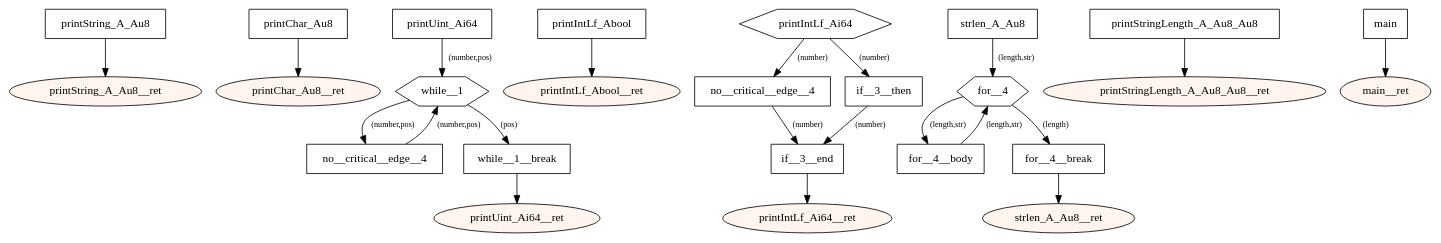
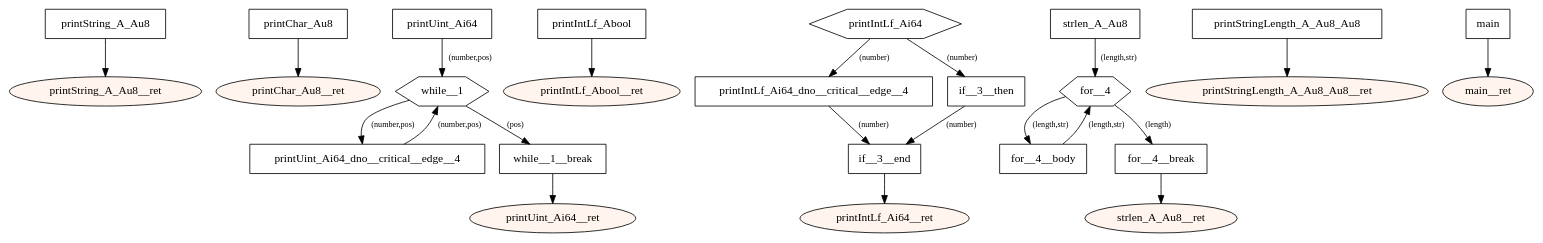
One commit to tmssngr/tinyC changed the diagram in src/main/resources-test/compiler/windows/comparison.dot. Above: the diagram before and after it, drawn with Graphviz. The commit also changed 41 other files, not shown here.

Commit message:
Cfg: create unique no-critical-edge block name

```diff
--- a/src/main/resources-test/compiler/windows/comparison.dot
+++ b/src/main/resources-test/compiler/windows/comparison.dot
@@ -1,64 +1,64 @@
 digraph program {
 	edge[fontsize="10pt"];
 	subgraph fn_printString_A_Au8 {
 		BasicBlock_0_printString_A_Au8 [label="printString_A_Au8",shape=box];
 		BasicBlock_0_printString_A_Au8 -> BasicBlock_0_printString_A_Au8__ret;
 		BasicBlock_0_printString_A_Au8__ret [label="printString_A_Au8__ret",shape=oval,style=filled,fillcolor="#fff5ee"];
 	}
 	subgraph fn_printChar_Au8 {
 		BasicBlock_1_printChar_Au8 [label="printChar_Au8",shape=box];
 		BasicBlock_1_printChar_Au8 -> BasicBlock_1_printChar_Au8__ret;
 		BasicBlock_1_printChar_Au8__ret [label="printChar_Au8__ret",shape=oval,style=filled,fillcolor="#fff5ee"];
 	}
 	subgraph fn_printUint_Ai64 {
 		BasicBlock_2_printUint_Ai64 [label="printUint_Ai64",shape=box];
 		BasicBlock_2_printUint_Ai64 -> BasicBlock_2_while__1 [label="(number,pos)"];
-		BasicBlock_2_no__critical__edge__4 [label="no__critical__edge__4",shape=box];
-		BasicBlock_2_no__critical__edge__4 -> BasicBlock_2_while__1 [label="(number,pos)"];
+		BasicBlock_2_printUint_Ai64_dno__critical__edge__4 [label="printUint_Ai64_dno__critical__edge__4",shape=box];
+		BasicBlock_2_printUint_Ai64_dno__critical__edge__4 -> BasicBlock_2_while__1 [label="(number,pos)"];
 		BasicBlock_2_while__1 [label="while__1",shape=hexagon];
-		BasicBlock_2_while__1 -> BasicBlock_2_no__critical__edge__4 [label="(number,pos)"];
+		BasicBlock_2_while__1 -> BasicBlock_2_printUint_Ai64_dno__critical__edge__4 [label="(number,pos)"];
 		BasicBlock_2_while__1 -> BasicBlock_2_while__1__break [label="(pos)"];
 		BasicBlock_2_while__1__break [label="while__1__break",shape=box];
 		BasicBlock_2_while__1__break -> BasicBlock_2_printUint_Ai64__ret;
 		BasicBlock_2_printUint_Ai64__ret [label="printUint_Ai64__ret",shape=oval,style=filled,fillcolor="#fff5ee"];
 	}
 	subgraph fn_printIntLf_Abool {
 		BasicBlock_3_printIntLf_Abool [label="printIntLf_Abool",shape=box];
 		BasicBlock_3_printIntLf_Abool -> BasicBlock_3_printIntLf_Abool__ret;
 		BasicBlock_3_printIntLf_Abool__ret [label="printIntLf_Abool__ret",shape=oval,style=filled,fillcolor="#fff5ee"];
 	}
 	subgraph fn_printIntLf_Ai64 {
 		BasicBlock_4_printIntLf_Ai64 [label="printIntLf_Ai64",shape=hexagon];
-		BasicBlock_4_printIntLf_Ai64 -> BasicBlock_4_no__critical__edge__4 [label="(number)"];
+		BasicBlock_4_printIntLf_Ai64 -> BasicBlock_4_printIntLf_Ai64_dno__critical__edge__4 [label="(number)"];
 		BasicBlock_4_printIntLf_Ai64 -> BasicBlock_4_if__3__then [label="(number)"];
-		BasicBlock_4_no__critical__edge__4 [label="no__critical__edge__4",shape=box];
-		BasicBlock_4_no__critical__edge__4 -> BasicBlock_4_if__3__end [label="(number)"];
+		BasicBlock_4_printIntLf_Ai64_dno__critical__edge__4 [label="printIntLf_Ai64_dno__critical__edge__4",shape=box];
+		BasicBlock_4_printIntLf_Ai64_dno__critical__edge__4 -> BasicBlock_4_if__3__end [label="(number)"];
 		BasicBlock_4_if__3__then [label="if__3__then",shape=box];
 		BasicBlock_4_if__3__then -> BasicBlock_4_if__3__end [label="(number)"];
 		BasicBlock_4_if__3__end [label="if__3__end",shape=box];
 		BasicBlock_4_if__3__end -> BasicBlock_4_printIntLf_Ai64__ret;
 		BasicBlock_4_printIntLf_Ai64__ret [label="printIntLf_Ai64__ret",shape=oval,style=filled,fillcolor="#fff5ee"];
 	}
 	subgraph fn_strlen_A_Au8 {
 		BasicBlock_5_strlen_A_Au8 [label="strlen_A_Au8",shape=box];
 		BasicBlock_5_strlen_A_Au8 -> BasicBlock_5_for__4 [label="(length,str)"];
 		BasicBlock_5_for__4__body [label="for__4__body",shape=box];
 		BasicBlock_5_for__4__body -> BasicBlock_5_for__4 [label="(length,str)"];
 		BasicBlock_5_for__4 [label="for__4",shape=hexagon];
 		BasicBlock_5_for__4 -> BasicBlock_5_for__4__break [label="(length)"];
 		BasicBlock_5_for__4 -> BasicBlock_5_for__4__body [label="(length,str)"];
 		BasicBlock_5_for__4__break [label="for__4__break",shape=box];
 		BasicBlock_5_for__4__break -> BasicBlock_5_strlen_A_Au8__ret;
 		BasicBlock_5_strlen_A_Au8__ret [label="strlen_A_Au8__ret",shape=oval,style=filled,fillcolor="#fff5ee"];
 	}
 	subgraph fn_printStringLength_A_Au8_Au8 {
 		BasicBlock_6_printStringLength_A_Au8_Au8 [label="printStringLength_A_Au8_Au8",shape=box];
 		BasicBlock_6_printStringLength_A_Au8_Au8 -> BasicBlock_6_printStringLength_A_Au8_Au8__ret;
 		BasicBlock_6_printStringLength_A_Au8_Au8__ret [label="printStringLength_A_Au8_Au8__ret",shape=oval,style=filled,fillcolor="#fff5ee"];
 	}
 	subgraph fn_main {
 		BasicBlock_7_main [label="main",shape=box];
 		BasicBlock_7_main -> BasicBlock_7_main__ret;
 		BasicBlock_7_main__ret [label="main__ret",shape=oval,style=filled,fillcolor="#fff5ee"];
 	}
 }
```
